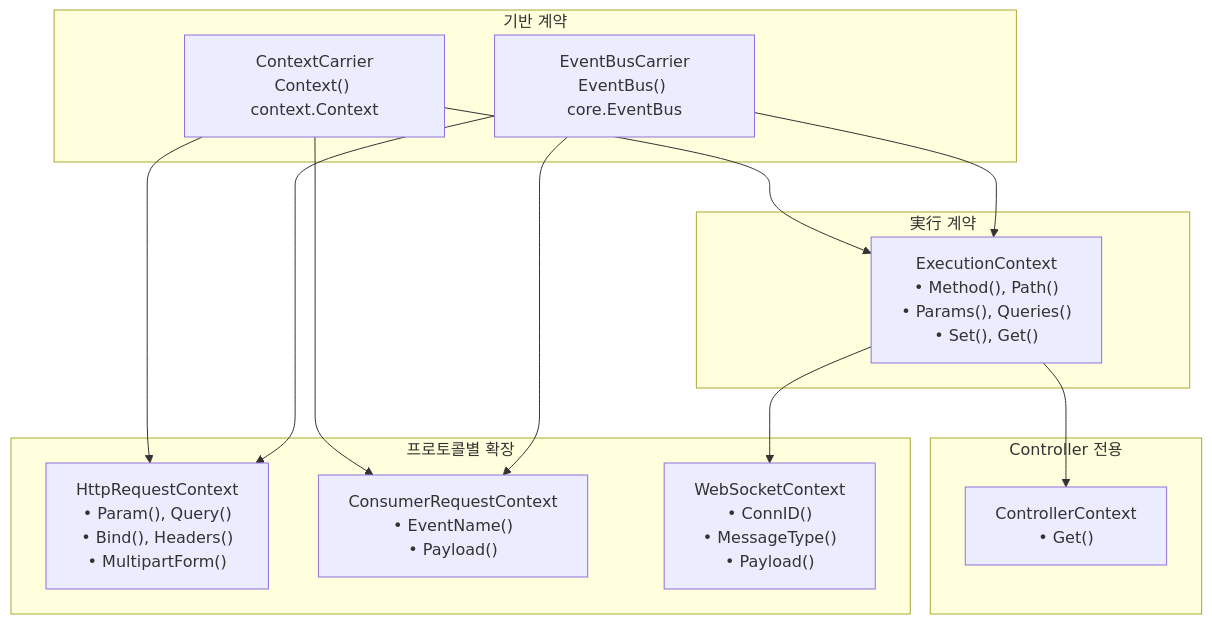
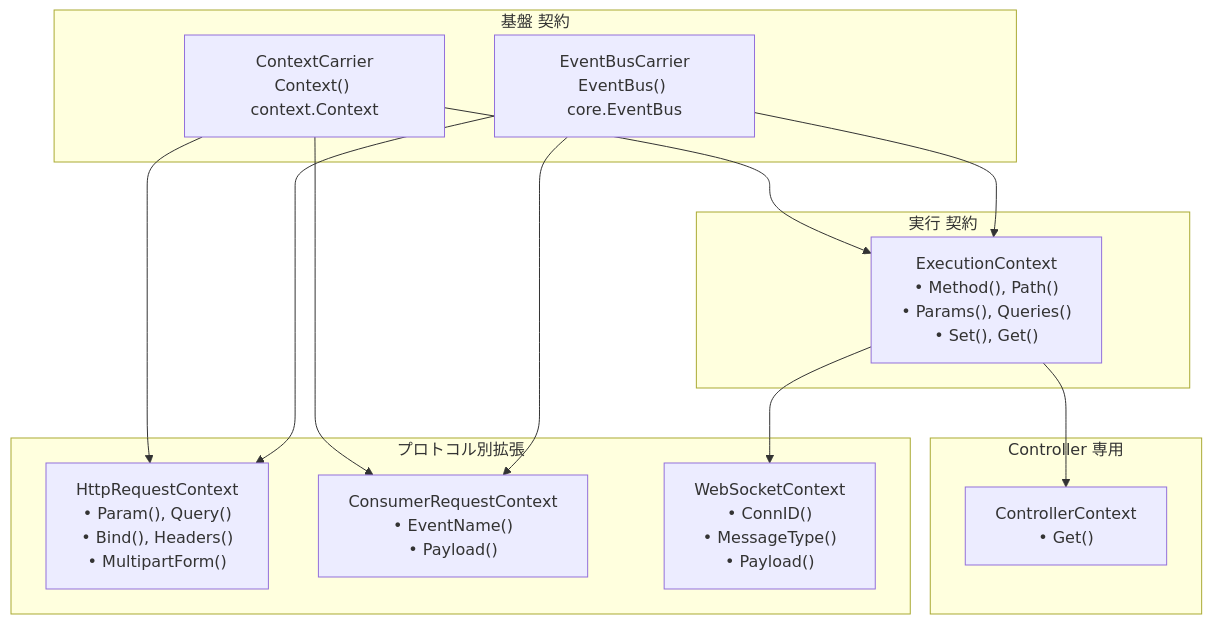
The second of 2 diagrams in docs/ja/learn/core-concepts/execution-context.md (NARUBROWN/spine-site), drawn with Mermaid before and after one commit. The commit also changed other lines of this file and 16 other files, not shown here.

````diff
--- a/docs/ja/learn/core-concepts/execution-context.md
+++ b/docs/ja/learn/core-concepts/execution-context.md
@@ -41,30 +41,30 @@
 ```mermaid
 graph TB
-    subgraph "기반 계약"
+    subgraph "基盤 契約"
         ContextCarrier["ContextCarrier<br>Context() context.Context"]
         EventBusCarrier["EventBusCarrier<br>EventBus() core.EventBus"]
     end
     
-    subgraph "実行 계약"
+    subgraph "実行 契約"
         ExecutionContext["ExecutionContext<br>• Method(), Path()<br>• Params(), Queries()<br>• Set(), Get()"]
     end
     
-    subgraph "Controller 전용"
+    subgraph "Controller 専用"
         ControllerContext["ControllerContext<br>• Get()"]
     end
     
-    subgraph "프로토콜별 확장"
+    subgraph "プロトコル別拡張"
         HttpRequestContext["HttpRequestContext<br>• Param(), Query()<br>• Bind(), Headers()<br>• MultipartForm()"]
         ConsumerRequestContext["ConsumerRequestContext<br>• EventName()<br>• Payload()"]
         WebSocketContext["WebSocketContext<br>• ConnID()<br>• MessageType()<br>• Payload()"]
     end
     
     ContextCarrier --> ExecutionContext
     EventBusCarrier --> ExecutionContext
     ExecutionContext --> ControllerContext
     ContextCarrier --> HttpRequestContext
     EventBusCarrier --> HttpRequestContext
     ExecutionContext --> WebSocketContext
     ContextCarrier --> ConsumerRequestContext
     EventBusCarrier --> ConsumerRequestContext
 ```
````
